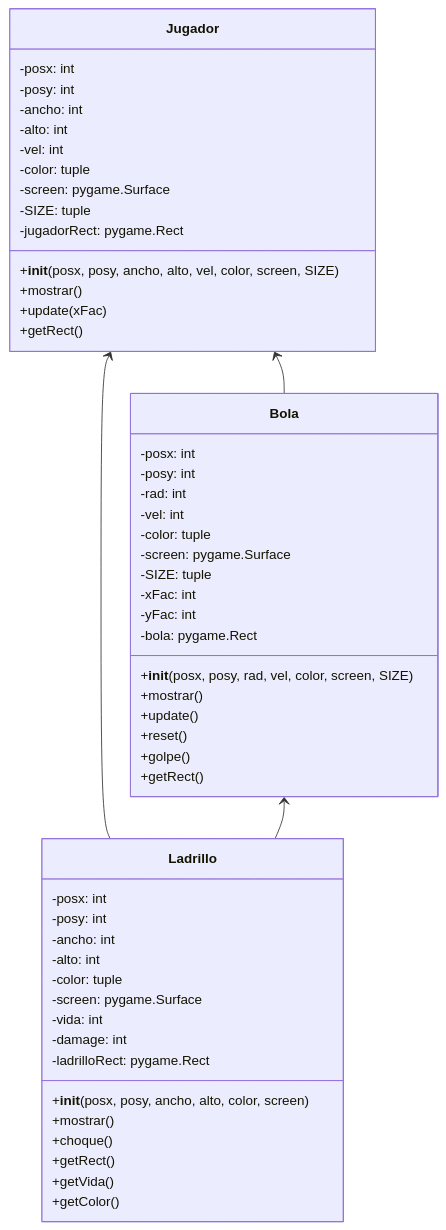
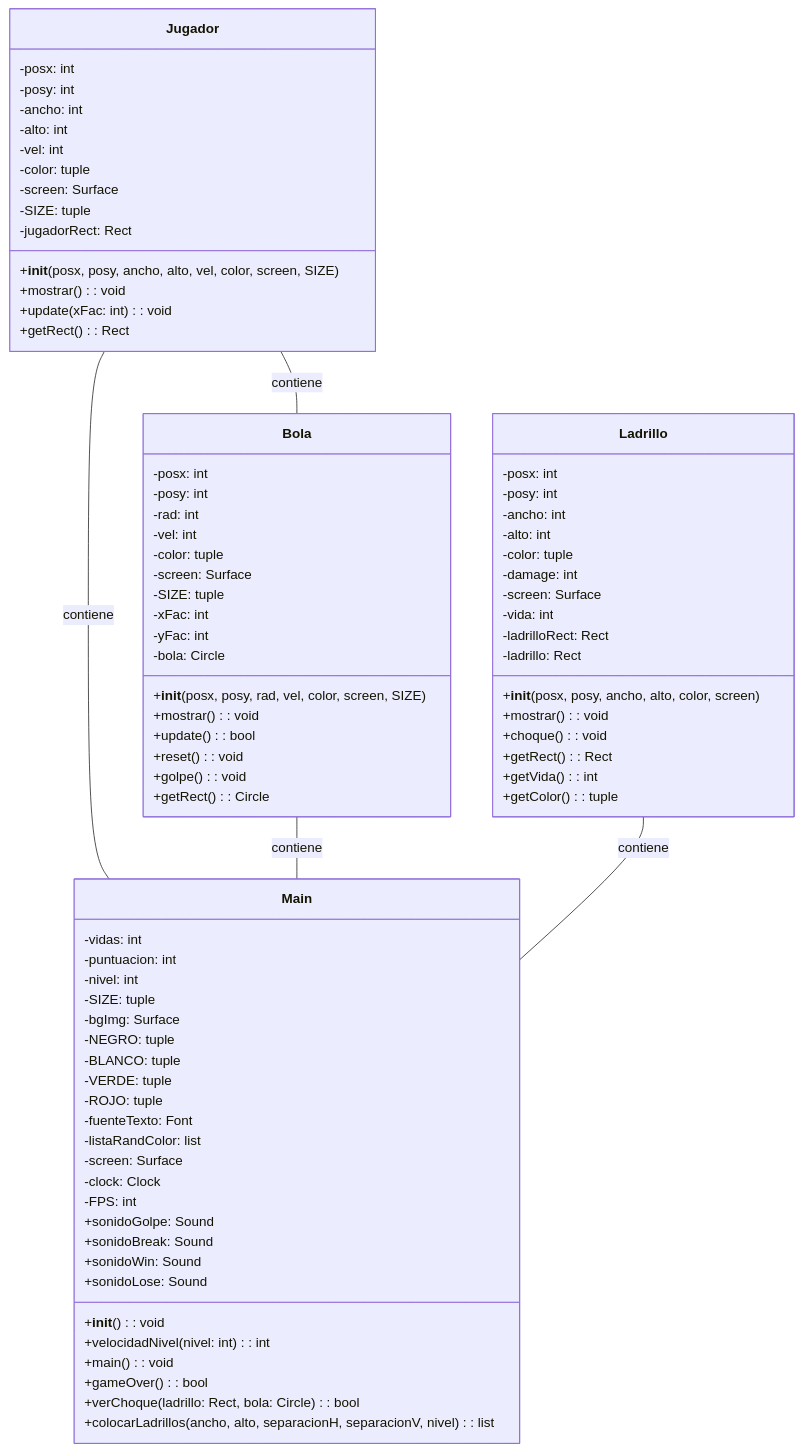
One commit to Sebaxsus/Juego changed the second of 3 diagrams in README.md. Above: the diagram before and after it, drawn with Mermaid. The commit also changed other lines of this file, not shown here.

````diff
--- a/README.md
+++ b/README.md
@@ -79,54 +79,81 @@
         -alto: int
         -vel: int
         -color: tuple
-        -screen: pygame.Surface
+        -screen: Surface
         -SIZE: tuple
-        -jugadorRect: pygame.Rect
+        -jugadorRect: Rect
         +__init__(posx, posy, ancho, alto, vel, color, screen, SIZE)
-        +mostrar()
-        +update(xFac)
-        +getRect()
+        +mostrar(): void
+        +update(xFac: int): void
+        +getRect(): Rect
     }
-
     class Bola {
         -posx: int
         -posy: int
         -rad: int
         -vel: int
         -color: tuple
-        -screen: pygame.Surface
+        -screen: Surface
         -SIZE: tuple
         -xFac: int
         -yFac: int
-        -bola: pygame.Rect
+        -bola: Circle
         +__init__(posx, posy, rad, vel, color, screen, SIZE)
-        +mostrar()
-        +update()
-        +reset()
-        +golpe()
-        +getRect()
+        +mostrar(): void
+        +update(): bool
+        +reset(): void
+        +golpe(): void
+        +getRect(): Circle
     }
-
     class Ladrillo {
         -posx: int
         -posy: int
         -ancho: int
         -alto: int
         -color: tuple
-        -screen: pygame.Surface
+        -damage: int
+        -screen: Surface
         -vida: int
-        -damage: int
-        -ladrilloRect: pygame.Rect
+        -ladrilloRect: Rect
+        -ladrillo: Rect
         +__init__(posx, posy, ancho, alto, color, screen)
-        +mostrar()
-        +choque()
-        +getRect()
-        +getVida()
-        +getColor()
+        +mostrar(): void
+        +choque(): void
+        +getRect(): Rect
+        +getVida(): int
+        +getColor(): tuple
+    }
+    class Main {
+        -vidas: int
+        -puntuacion: int
+        -nivel: int
+        -SIZE: tuple
+        -bgImg: Surface
+        -NEGRO: tuple
+        -BLANCO: tuple
+        -VERDE: tuple
+        -ROJO: tuple
+        -fuenteTexto: Font
+        -listaRandColor: list
+        -screen: Surface
+        -clock: Clock
+        -FPS: int
+        +sonidoGolpe: Sound
+        +sonidoBreak: Sound
+        +sonidoWin: Sound
+        +sonidoLose: Sound
+        +__init__(): void
+        +velocidadNivel(nivel: int): int
+        +main(): void
+        +gameOver(): bool
+        +verChoque(ladrillo: Rect, bola: Circle): bool
+        +colocarLadrillos(ancho, alto, separacionH, separacionV, nivel): list
     }
 
-    Jugador <-- Bola
-    Jugador <-- Ladrillo
-    Bola <-- Ladrillo
+    Jugador -- Bola : contiene
+    Jugador -- Main : contiene
+    Bola -- Main : contiene
+    Ladrillo -- Main : contiene
+
 
 ```
````
